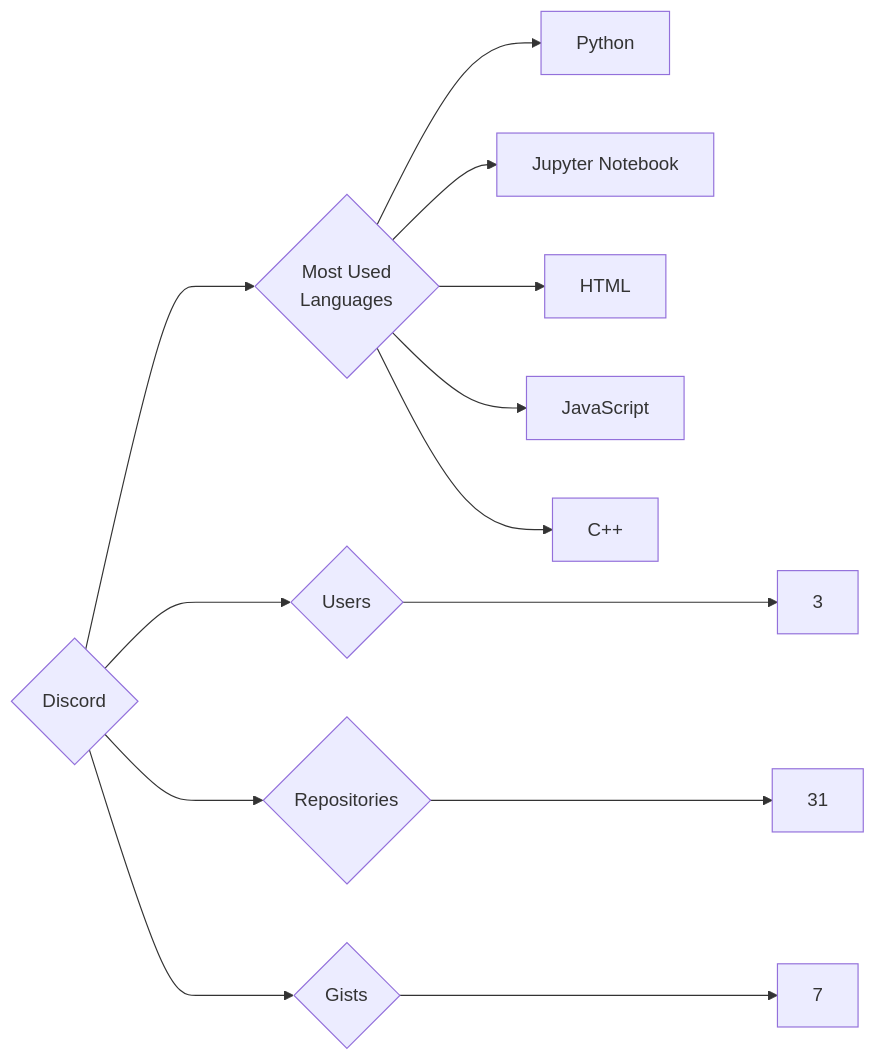
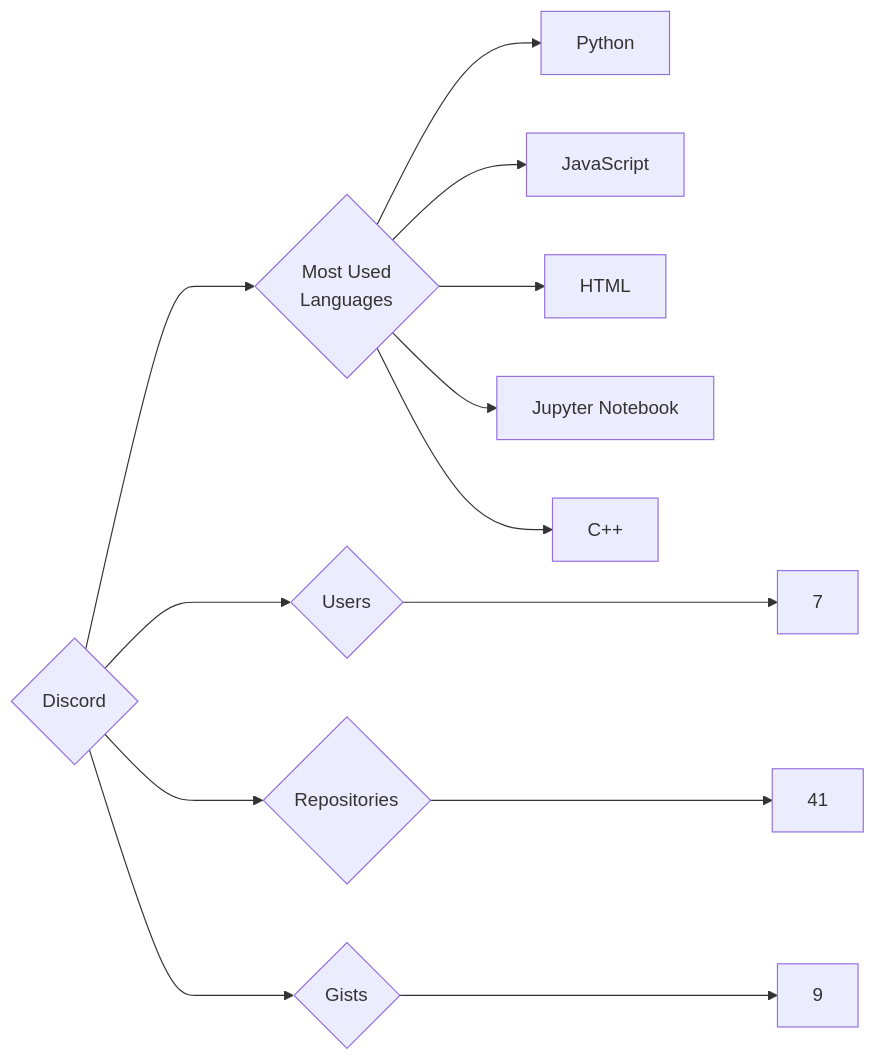
The diagram in targets/Discord/README.md (trickest/insiders), drawn with Mermaid before and after one commit. The commit also changed 783 other files, not shown here.

````diff
--- a/targets/Discord/README.md
+++ b/targets/Discord/README.md
@@ -3,13 +3,13 @@
 ```mermaid
 graph LR
 COMPANY_NAME{Discord}
-COMPANY_NAME ---> U{Users} ---> UN[3]
-COMPANY_NAME ---> R{Repositories} ---> RN[31]
-COMPANY_NAME ---> G{Gists} ---> GN[7]
+COMPANY_NAME ---> U{Users} ---> UN[7]
+COMPANY_NAME ---> R{Repositories} ---> RN[41]
+COMPANY_NAME ---> G{Gists} ---> GN[9]
 COMPANY_NAME ---> ML{Most Used<br>Languages}
 ML --> Python[Python]
+ML --> JavaScript[JavaScript]
+ML --> HTML[HTML]
 ML --> Jupyter_Notebook[Jupyter Notebook]
-ML --> HTML[HTML]
-ML --> JavaScript[JavaScript]
 ML --> C++[C++]
 ```
````
